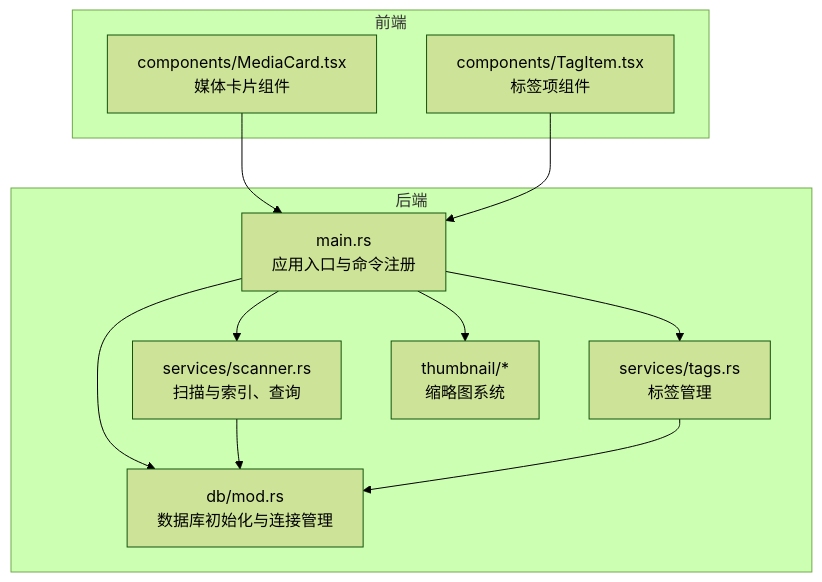
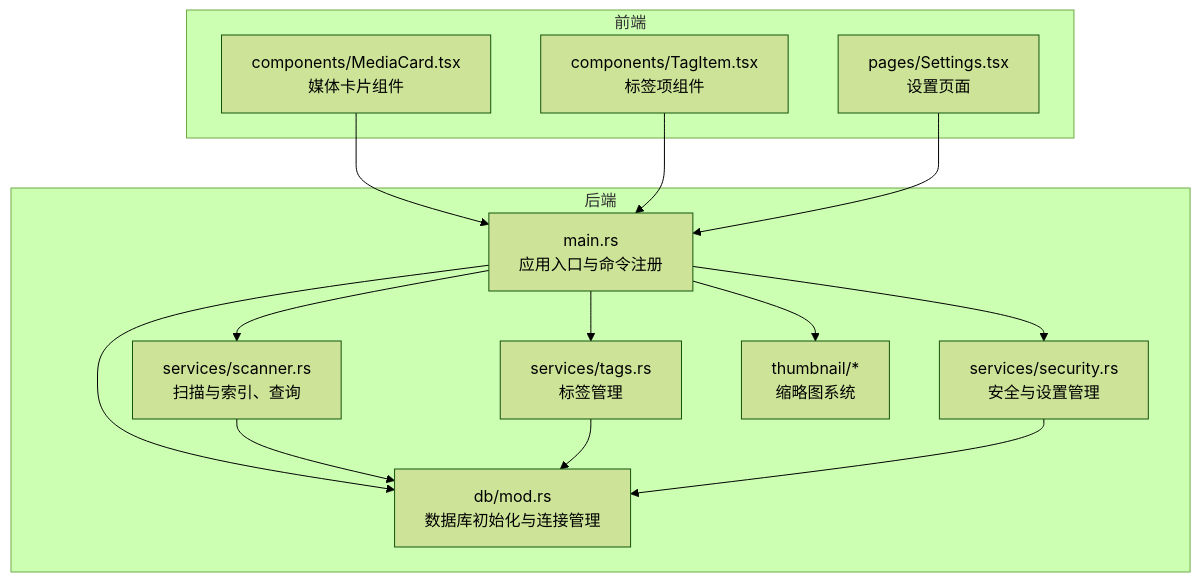
One commit to YLee9527/Medex changed the first of 6 diagrams in doc/repowiki/zh/content/后端开发/数据库设计.md. Above: the diagram before and after it, drawn with Mermaid (forest theme). The commit also changed other lines of this file and 31 other files, not shown here.

First line of the commit message:
docs(doc): 添加部署脚本、锁屏功能、发布指南及设置按钮图标文档

````diff
--- a/doc/repowiki/zh/content/后端开发/数据库设计.md
+++ b/doc/repowiki/zh/content/后端开发/数据库设计.md
@@ -35,22 +44,27 @@
 ```mermaid
 graph TB
 subgraph "后端"
 MAIN["main.rs<br/>应用入口与命令注册"]
 DBMOD["db/mod.rs<br/>数据库初始化与连接管理"]
 SCANNER["services/scanner.rs<br/>扫描与索引、查询"]
 TAGS["services/tags.rs<br/>标签管理"]
+SECURITY["services/security.rs<br/>安全与设置管理"]
 THUMB["thumbnail/*<br/>缩略图系统"]
 end
 subgraph "前端"
 MEDCARDS["components/MediaCard.tsx<br/>媒体卡片组件"]
 TAGITEM["components/TagItem.tsx<br/>标签项组件"]
+SETTINGS["pages/Settings.tsx<br/>设置页面"]
 end
 MEDCARDS --> MAIN
 TAGITEM --> MAIN
+SETTINGS --> MAIN
 MAIN --> DBMOD
 MAIN --> SCANNER
 MAIN --> TAGS
+MAIN --> SECURITY
 MAIN --> THUMB
 SCANNER --> DBMOD
 TAGS --> DBMOD
+SECURITY --> DBMOD
 ```
````
